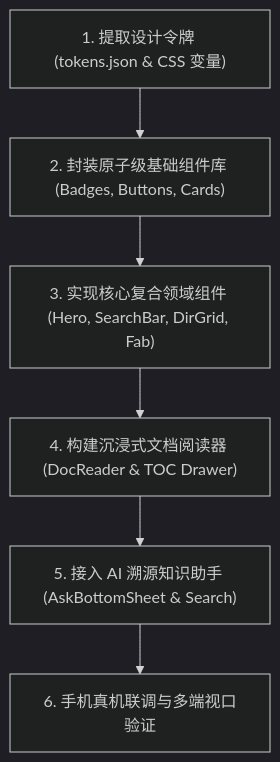
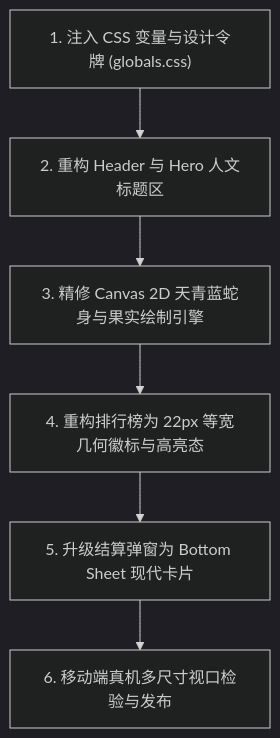
One commit to LFK404/TanChiShe changed the diagram in client/原型图/设计风格与重构设计方案.md. Above: the diagram before and after it, drawn with Mermaid (dark theme). The commit also changed other lines of this file, not shown here.

````diff
--- a/client/原型图/设计风格与重构设计方案.md
+++ b/client/原型图/设计风格与重构设计方案.md
@@ -132,8 +133,8 @@
 ```mermaid
 flowchart TD
-    A["1. 提取设计令牌 (tokens.json & CSS 变量)"] --> B["2. 封装原子级基础组件库 (Badges, Buttons, Cards)"]
-    B --> C["3. 实现核心复合领域组件 (Hero, SearchBar, DirGrid, Fab)"]
-    C --> D["4. 构建沉浸式文档阅读器 (DocReader & TOC Drawer)"]
-    D --> E["5. 接入 AI 溯源知识助手 (AskBottomSheet & Search)"]
-    E --> F["6. 手机真机联调与多端视口验证"]
+    A["1. 注入 CSS 变量与设计令牌 (globals.css)"] --> B["2. 重构 Header 与 Hero 人文标题区"]
+    B --> C["3. 精修 Canvas 2D 天青蓝蛇身与果实绘制引擎"]
+    C --> D["4. 重构排行榜为 22px 等宽几何徽标与高亮态"]
+    D --> E["5. 升级结算弹窗为 Bottom Sheet 现代卡片"]
+    E --> F["6. 移动端真机多尺寸视口检验与发布"]
 ```
````
